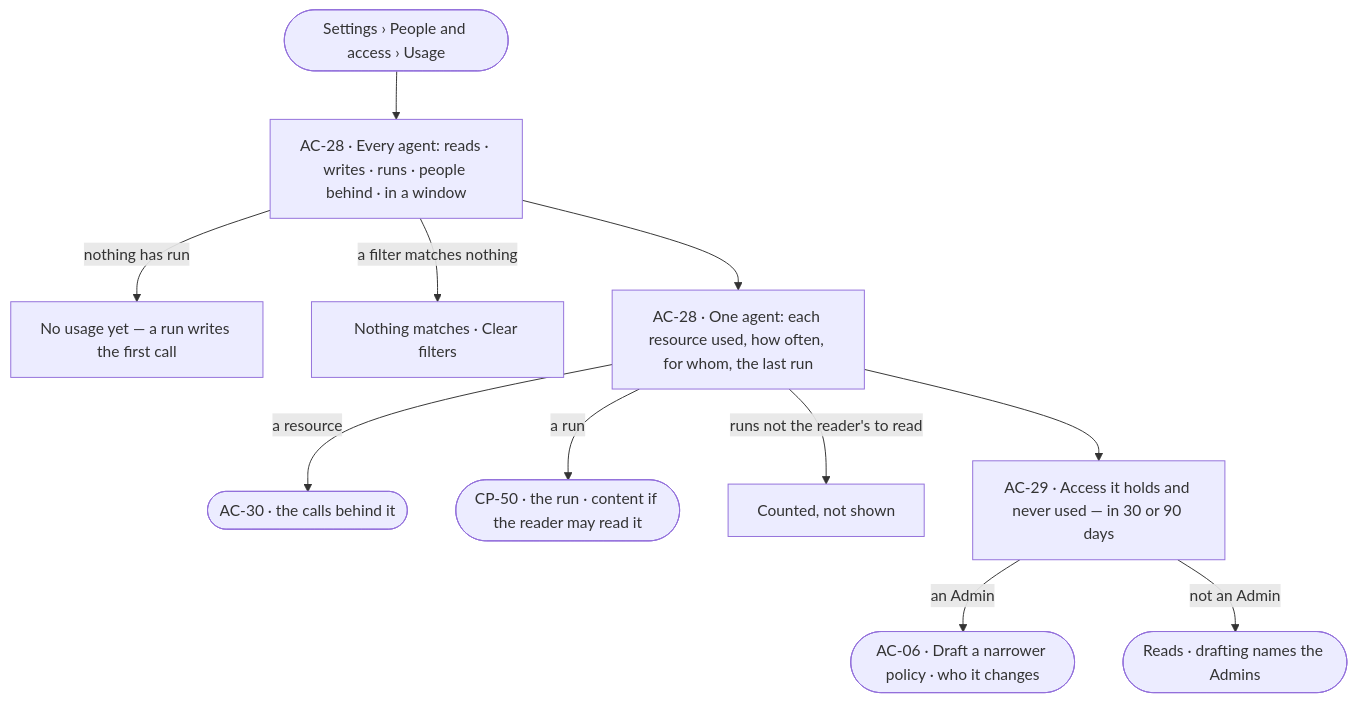
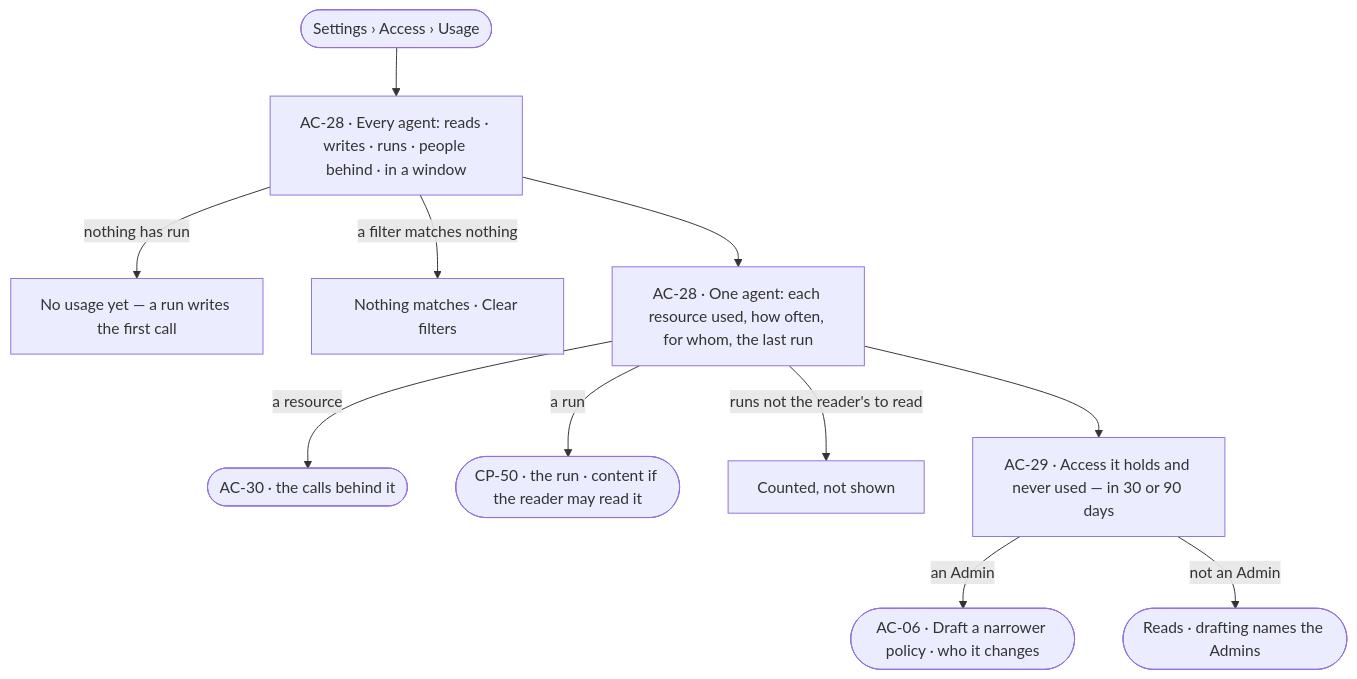
One commit to invana/invana changed the diagram in specs/os/access/features/AC-F08-access-usage/feature.md. Above: the diagram before and after it, drawn with Mermaid. The commit also changed other lines of this file and 106 other files, not shown here.

````diff
--- a/specs/os/access/features/AC-F08-access-usage/feature.md
+++ b/specs/os/access/features/AC-F08-access-usage/feature.md
@@ -24,13 +24,13 @@
 ```mermaid
 flowchart TD
-  start([Settings › People and access › Usage]) --> list["AC-28 · Every agent: reads · writes · runs · people behind · in a window"]
+  start([Settings › Access › Usage]) --> list["AC-28 · Every agent: reads · writes · runs · people behind · in a window"]
   list -->|nothing has run| none["No usage yet — a run writes the first call"]
   list -->|a filter matches nothing| nm["Nothing matches · Clear filters"]
   list --> one["AC-28 · One agent: each resource used, how often, for whom, the last run"]
   one -->|a resource| rows(["AC-30 · the calls behind it"])
   one -->|a run| run(["CP-50 · the run · content if the reader may read it"])
   one -->|runs not the reader's to read| cnt["Counted, not shown"]
   one --> un["AC-29 · Access it holds and never used — in 30 or 90 days"]
   un -->|an Admin| dr(["AC-06 · Draft a narrower policy · who it changes"])
   un -->|not an Admin| ro(["Reads · drafting names the Admins"])
 ```
````
